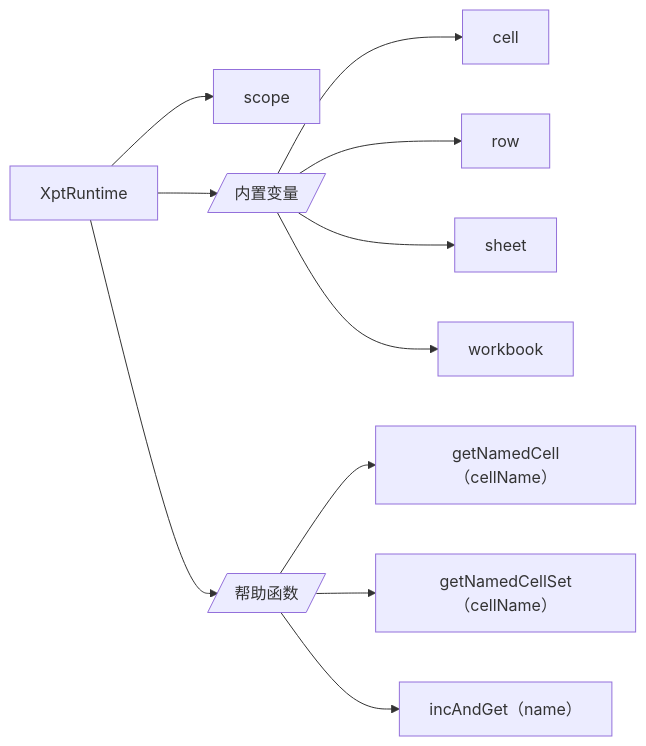
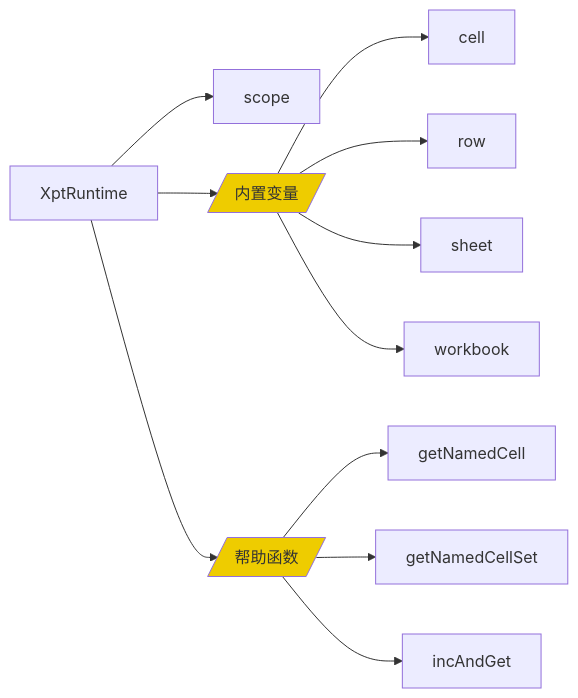
The ninth of 12 diagrams in docs/dev-guide/report/report-design.md (entropy-cloud/nop-entropy), drawn with Mermaid before and after one commit. The commit also changed other lines of this file and 2 other files, not shown here.

`````diff
--- a/docs/dev-guide/report/report-design.md
+++ b/docs/dev-guide/report/report-design.md
@@ -279,14 +347,17 @@
 ````mermaid
 graph LR 
 
 XptRuntime --> scope
 XptRuntime --> var[/内置变量/]
 var --> cell
 var --> row
 var --> sheet
 var --> workbook
 XptRuntime --> helpFn[/帮助函数/]
-helpFn --> a1[getNamedCell（cellName）]
-helpFn --> a2[getNamedCellSet（cellName）]
-helpFn --> a3[incAndGet（name）]
+helpFn --> a1[getNamedCell]
+helpFn --> a2[getNamedCellSet]
+helpFn --> a3[incAndGet]
+
+style var fill:#eecc00
+style helpFn fill:#eecc00
 ````
`````
